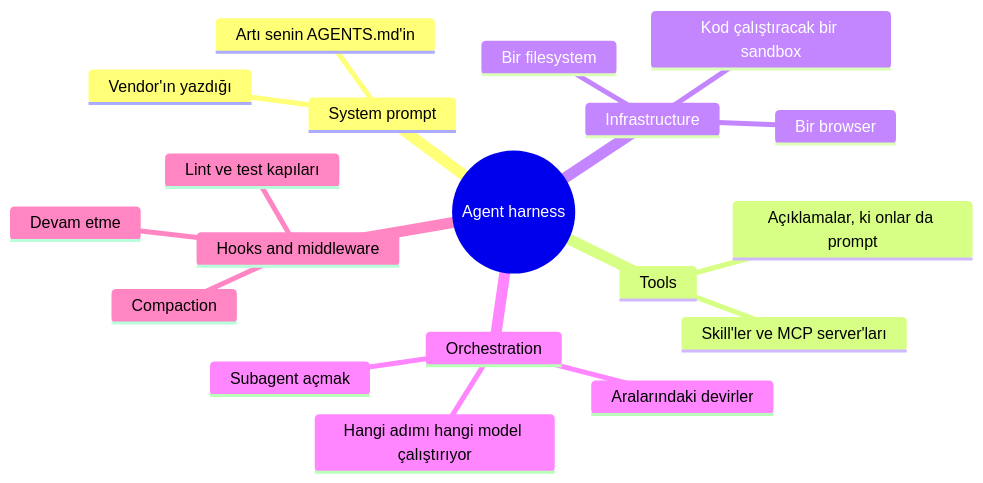
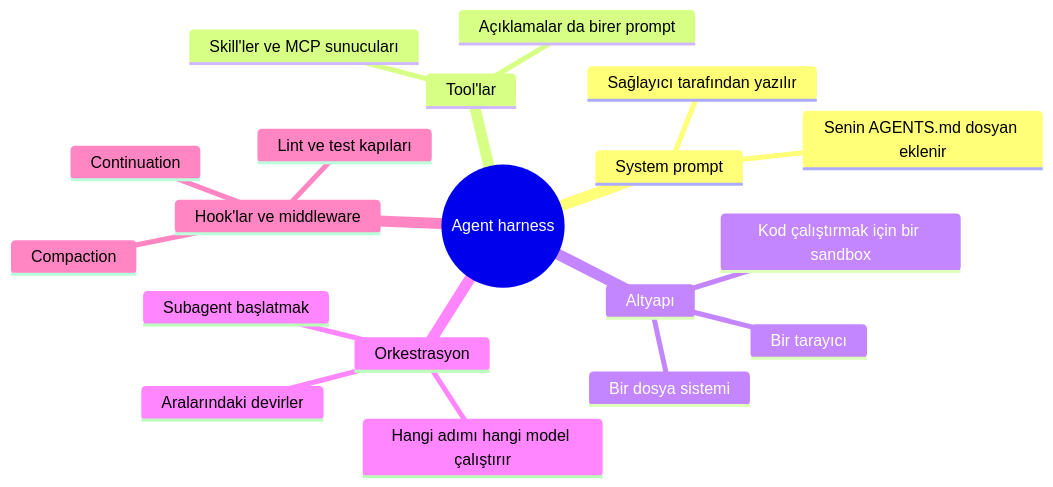
One commit to lokumai/ai-engineering-bazaar changed the first of 3 diagrams in mini-courses/2_intermediate/harness_engineering_tr.md. Above: the diagram before and after it, drawn with Mermaid. The commit also changed other lines of this file and 63 other files, not shown here.

````diff
--- a/mini-courses/2_intermediate/harness_engineering_tr.md
+++ b/mini-courses/2_intermediate/harness_engineering_tr.md
@@ -51,22 +49,22 @@
 ```mermaid
 mindmap
   root((Agent harness))
     System prompt
-      Vendor'ın yazdığı
-      Artı senin AGENTS.md'in
-    Tools
-      Açıklamalar, ki onlar da prompt
-      Skill'ler ve MCP server'ları
-    Infrastructure
-      Bir filesystem
-      Kod çalıştıracak bir sandbox
-      Bir browser
-    Orchestration
-      Subagent açmak
+      Sağlayıcı tarafından yazılır
+      Senin AGENTS.md dosyan eklenir
+    Tool'lar
+      Açıklamalar da birer prompt
+      Skill'ler ve MCP sunucuları
+    Altyapı
+      Bir dosya sistemi
+      Kod çalıştırmak için bir sandbox
+      Bir tarayıcı
+    Orkestrasyon
+      Subagent başlatmak
       Aralarındaki devirler
-      Hangi adımı hangi model çalıştırıyor
-    Hooks and middleware
+      Hangi adımı hangi model çalıştırır
+    Hook'lar ve middleware
       Compaction
-      Devam etme
+      Continuation
       Lint ve test kapıları
 ```
````
